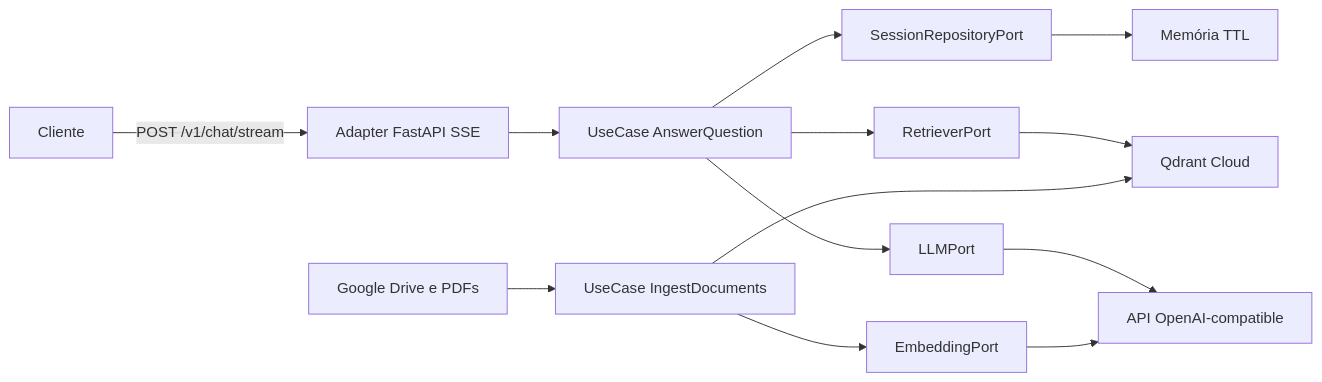
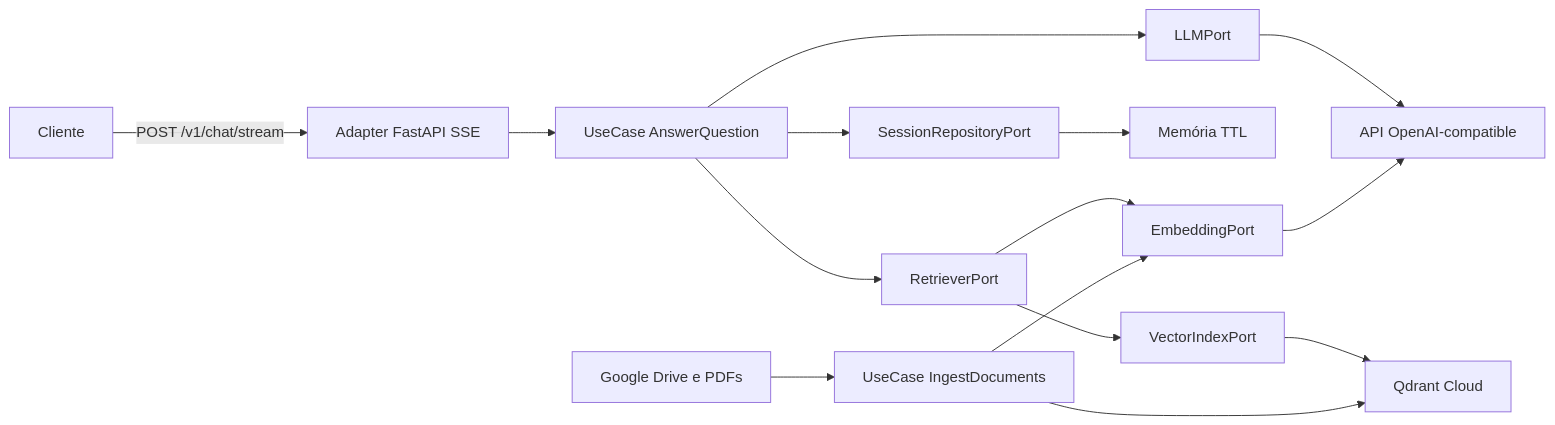
One commit to clenio-galvao/desafio-albert changed the diagram in ROADMAP.md. Above: the diagram before and after it, drawn with Mermaid. The commit also changed other lines of this file and 36 other files, not shown here.

````diff
--- a/ROADMAP.md
+++ b/ROADMAP.md
@@ -8,15 +8,17 @@
 ```mermaid
 flowchart LR
     Client[Cliente] -->|"POST /v1/chat/stream"| Api[Adapter FastAPI SSE]
     Api --> Chat[UseCase AnswerQuestion]
     Chat --> SessionPort[SessionRepositoryPort]
     Chat --> RetrieverPort[RetrieverPort]
     Chat --> LlmPort[LLMPort]
     SessionPort --> Memory[Memória TTL]
-    RetrieverPort --> Qdrant[Qdrant Cloud]
+    RetrieverPort --> EmbedPort[EmbeddingPort]
+    RetrieverPort --> IndexPort[VectorIndexPort]
+    IndexPort --> Qdrant[Qdrant Cloud]
     LlmPort --> Gateway[API OpenAI-compatible]
     Ingest[UseCase IngestDocuments] --> EmbedPort[EmbeddingPort]
     EmbedPort --> Gateway
     Ingest --> Qdrant
     Drive[Google Drive e PDFs] --> Ingest
 ```
````
